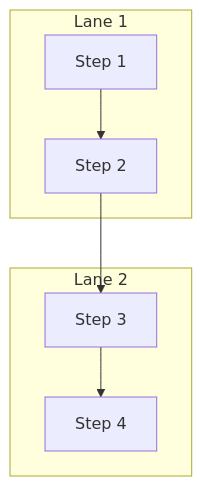
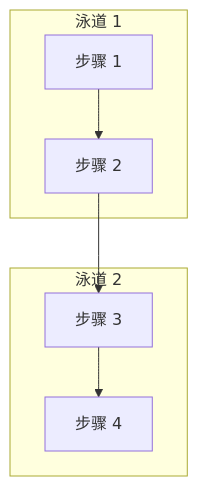
The tenth of 13 diagrams in skills/lqy-curated/mermaid-visualizer/references/syntax-rules.md (liu-qingyuan/skills-sync-lqy), drawn with Mermaid before and after one commit. The commit also changed other lines of this file and 1 other file, not shown here.

Commit message:
feat(mermaid-visualizer): localize skill to Chinese

````diff
--- a/skills/lqy-curated/mermaid-visualizer/references/syntax-rules.md
+++ b/skills/lqy-curated/mermaid-visualizer/references/syntax-rules.md
@@ -324,12 +336,12 @@
 ```mermaid
 graph TB
-    subgraph lane1["Lane 1"]
-        A[Step 1] --> B[Step 2]
+    subgraph lane1["泳道 1"]
+        A[步骤 1] --> B[步骤 2]
     end
-    
-    subgraph lane2["Lane 2"]
-        C[Step 3] --> D[Step 4]
+
+    subgraph lane2["泳道 2"]
+        C[步骤 3] --> D[步骤 4]
     end
-    
+
     B --> C
 ```
````
